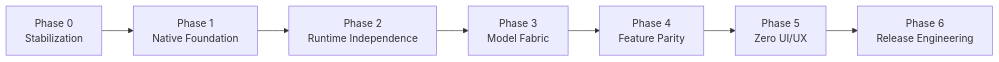
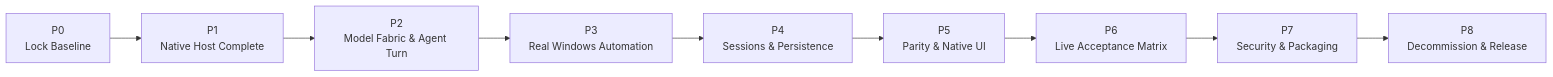
One commit to aipubg/zero changed the diagram in docs/audit/EXECUTION-ROADMAP.md. Above: the diagram before and after it, drawn with Mermaid. The commit also changed 21 other files, not shown here.

Commit message:
feat(zero-host): complete native host, asset router, and capability parity

````diff
--- a/docs/audit/EXECUTION-ROADMAP.md
+++ b/docs/audit/EXECUTION-ROADMAP.md
@@ -12,9 +12,11 @@
 ```mermaid
 flowchart LR
-    P0["Phase 0<br/>Stabilization"] --> P1["Phase 1<br/>Native Foundation"]
-    P1 --> P2["Phase 2<br/>Runtime Independence"]
-    P2 --> P3["Phase 3<br/>Model Fabric"]
-    P3 --> P4["Phase 4<br/>Feature Parity"]
-    P4 --> P5["Phase 5<br/>Zero UI/UX"]
-    P5 --> P6["Phase 6<br/>Release Engineering"]
+    P0["P0<br/>Lock Baseline"] --> P1["P1<br/>Native Host Complete"]
+    P1 --> P2["P2<br/>Model Fabric & Agent Turn"]
+    P2 --> P3["P3<br/>Real Windows Automation"]
+    P3 --> P4["P4<br/>Sessions & Persistence"]
+    P4 --> P5["P5<br/>Parity & Native UI"]
+    P5 --> P6["P6<br/>Live Acceptance Matrix"]
+    P6 --> P7["P7<br/>Security & Packaging"]
+    P7 --> P8["P8<br/>Decommission & Release"]
 ```
````
